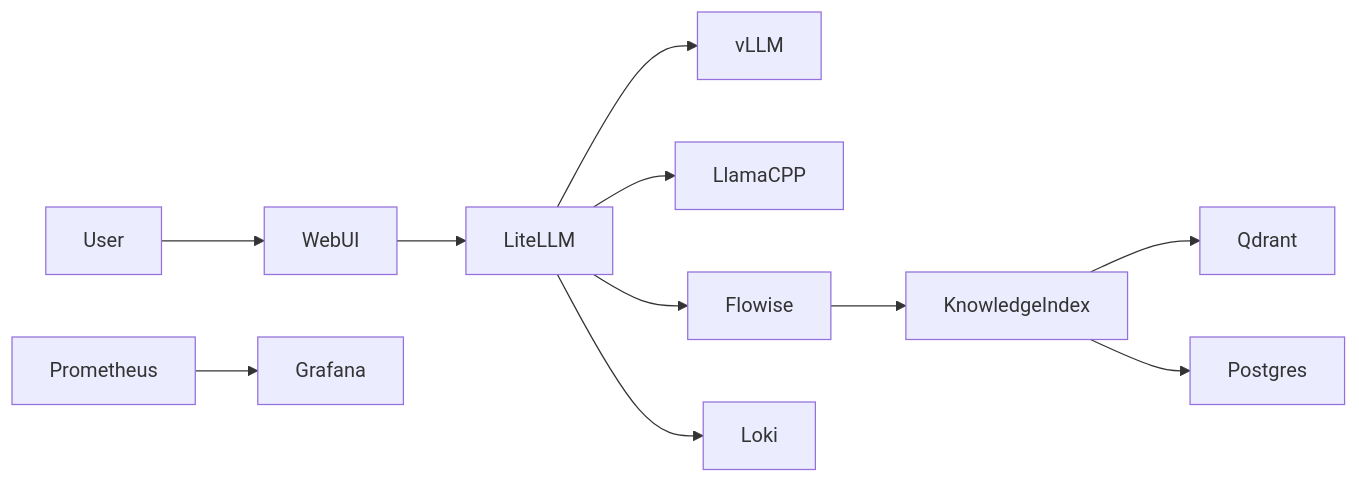
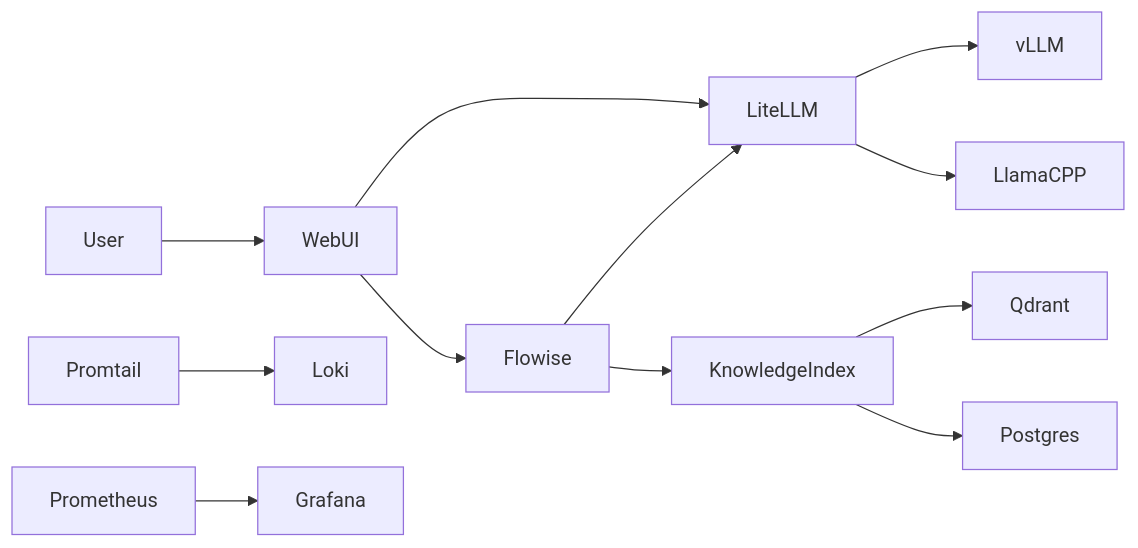
The first of 3 diagrams in docs/ai_stack_blueprint/ai_stack_architecture.md (digital-michael/local-lab-ai-stack), drawn with Mermaid before and after one commit. The commit also changed other lines of this file and 4 other files, not shown here.

````diff
--- a/docs/ai_stack_blueprint/ai_stack_architecture.md
+++ b/docs/ai_stack_blueprint/ai_stack_architecture.md
@@ -65,17 +66,18 @@
 ```mermaid
 flowchart LR
 
 User --> WebUI
 WebUI --> LiteLLM
 LiteLLM --> vLLM
 LiteLLM --> LlamaCPP
 
-LiteLLM --> Flowise
+WebUI --> Flowise
+Flowise --> LiteLLM
 Flowise --> KnowledgeIndex
 
 KnowledgeIndex --> Qdrant
 KnowledgeIndex --> Postgres
 
-LiteLLM --> Loki
+Promtail --> Loki
 Prometheus --> Grafana
 ```
````
